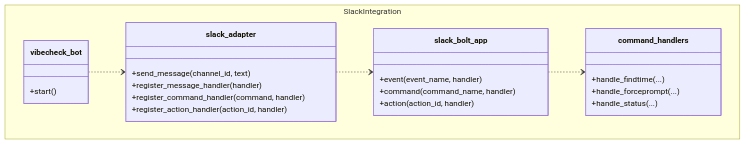
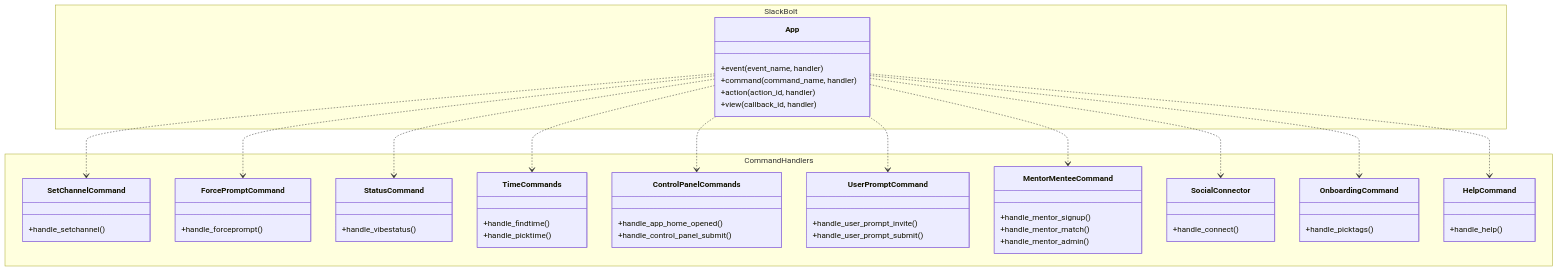
One commit to Capstone-Projects-2026-spring/project-bereal-chatbot changed the fourth of 4 diagrams in documentation/docs/system-architecture/class-diagram.md. Above: the diagram before and after it, drawn with Mermaid. The commit also changed other lines of this file, not shown here.

Commit message:
updated class diagram and removed deprecated slack adapter class

````diff
--- a/documentation/docs/system-architecture/class-diagram.md
+++ b/documentation/docs/system-architecture/class-diagram.md
@@ -174,32 +211,61 @@
 ```mermaid
 classDiagram
 direction TB
-    namespace SlackIntegration {
-        class slack_bolt_app {
+    namespace SlackBolt {
+        class App {
             +event(event_name, handler)
             +command(command_name, handler)
             +action(action_id, handler)
-        }
-
-        class slack_adapter {
-            +send_message(channel_id, text)
-            +register_message_handler(handler)
-            +register_command_handler(command, handler)
-            +register_action_handler(action_id, handler)
-        }
-
-        class vibecheck_bot {
-            +start()
-        }
-
-        class command_handlers {
-            +handle_findtime(...)
-            +handle_forceprompt(...)
-            +handle_status(...)
+            +view(callback_id, handler)
         }
     }
 
-    vibecheck_bot ..> slack_adapter
-    slack_adapter ..> slack_bolt_app
-    slack_bolt_app ..> command_handlers
+    namespace CommandHandlers {
+        class SetChannelCommand {
+            +handle_setchannel()
+        }
+        class ForcePromptCommand {
+            +handle_forceprompt()
+        }
+        class StatusCommand {
+            +handle_vibestatus()
+        }
+        class TimeCommands {
+            +handle_findtime()
+            +handle_picktime()
+        }
+        class ControlPanelCommands {
+            +handle_app_home_opened()
+            +handle_control_panel_submit()
+        }
+        class UserPromptCommand {
+            +handle_user_prompt_invite()
+            +handle_user_prompt_submit()
+        }
+        class MentorMenteeCommand {
+            +handle_mentor_signup()
+            +handle_mentor_match()
+            +handle_mentor_admin()
+        }
+        class SocialConnector {
+            +handle_connect()
+        }
+        class OnboardingCommand {
+            +handle_picktags()
+        }
+        class HelpCommand {
+            +handle_help()
+        }
+    }
+
+    App ..> SetChannelCommand
+    App ..> ForcePromptCommand
+    App ..> StatusCommand
+    App ..> TimeCommands
+    App ..> ControlPanelCommands
+    App ..> UserPromptCommand
+    App ..> MentorMenteeCommand
+    App ..> SocialConnector
+    App ..> OnboardingCommand
+    App ..> HelpCommand
 ```
````
